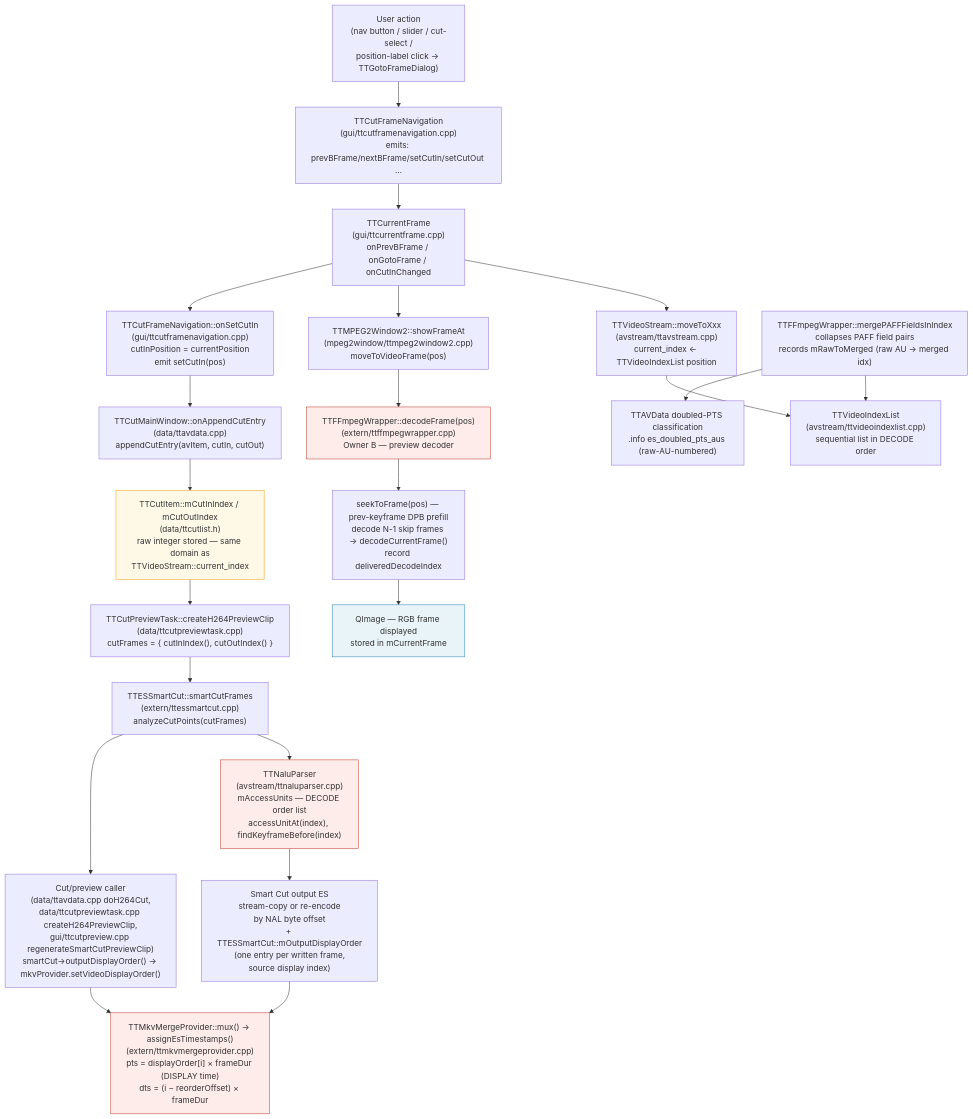
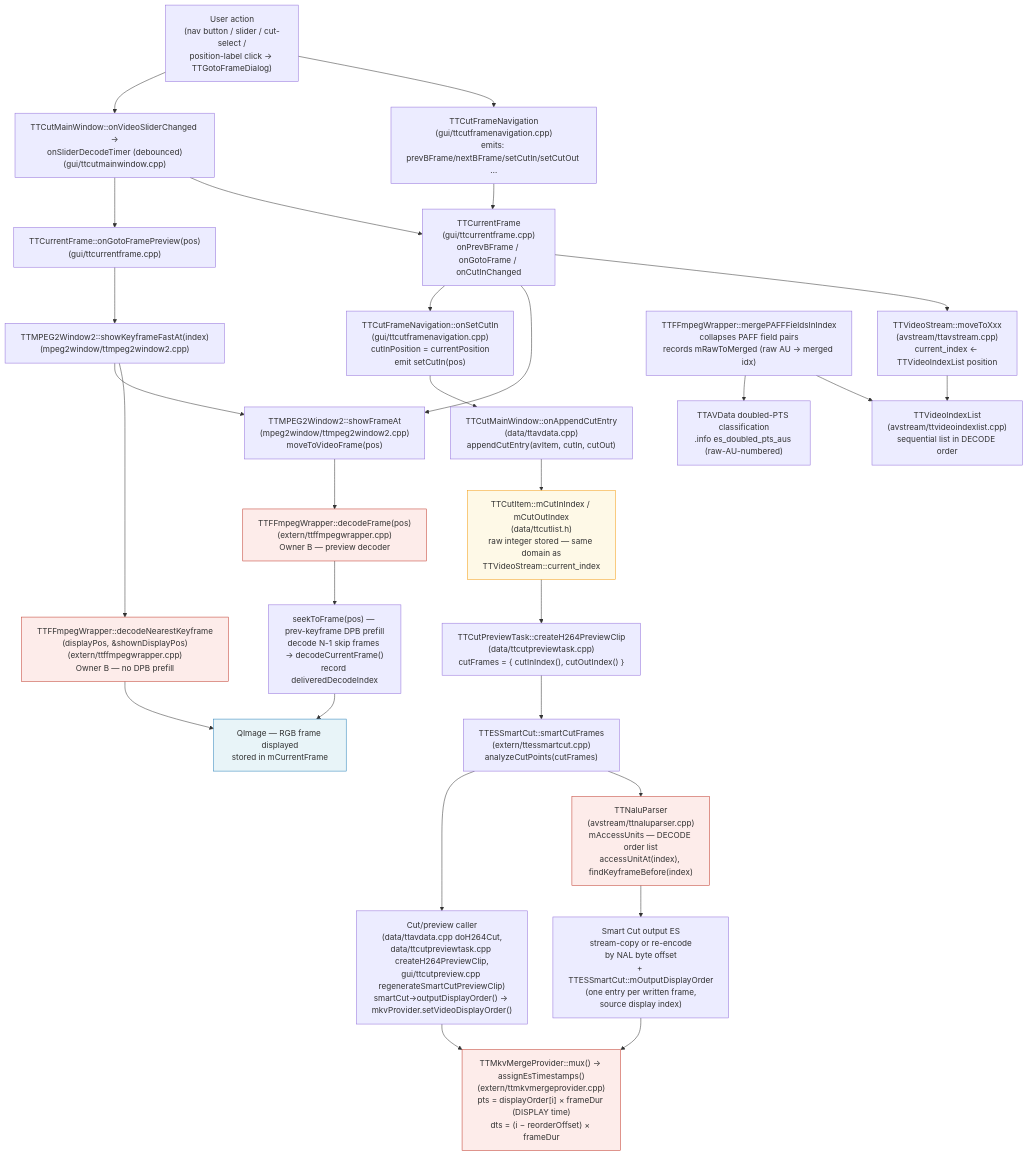
One commit to MINIXJR/TTCut-ng changed the diagram in docs/code-map/frame-order.md. Above: the diagram before and after it, drawn with Mermaid. The commit also changed other lines of this file and 13 other files, not shown here.

````diff
--- a/docs/code-map/frame-order.md
+++ b/docs/code-map/frame-order.md
@@ -46,41 +47,51 @@
 ```mermaid
 flowchart TD
     A["User action<br/>(nav button / slider / cut-select /<br/>position-label click → TTGotoFrameDialog)"]
     B["TTCutFrameNavigation<br/>(gui/ttcutframenavigation.cpp)<br/>emits: prevBFrame/nextBFrame/setCutIn/setCutOut …"]
     C["TTCurrentFrame<br/>(gui/ttcurrentframe.cpp)<br/>onPrevBFrame / onGotoFrame / onCutInChanged"]
     D["TTVideoStream::moveToXxx<br/>(avstream/ttavstream.cpp)<br/>current_index ← TTVideoIndexList position"]
     E["TTVideoIndexList<br/>(avstream/ttvideoindexlist.cpp)<br/>sequential list in DECODE order"]
     F["TTMPEG2Window2::showFrameAt<br/>(mpeg2window/ttmpeg2window2.cpp)<br/>moveToVideoFrame(pos)"]
     G["TTFFmpegWrapper::decodeFrame(pos)<br/>(extern/ttffmpegwrapper.cpp)<br/>Owner B — preview decoder"]
     H["seekToFrame(pos) — prev-keyframe DPB prefill<br/>decode N-1 skip frames → decodeCurrentFrame()<br/>record deliveredDecodeIndex"]
     I["QImage — RGB frame displayed<br/>stored in mCurrentFrame"]
+    SL["TTCutMainWindow::onVideoSliderChanged →<br/>onSliderDecodeTimer (debounced)<br/>(gui/ttcutmainwindow.cpp)"]
+    GP["TTCurrentFrame::onGotoFramePreview(pos)<br/>(gui/ttcurrentframe.cpp)"]
+    KF["TTMPEG2Window2::showKeyframeFastAt(index)<br/>(mpeg2window/ttmpeg2window2.cpp)"]
+    NK["TTFFmpegWrapper::decodeNearestKeyframe<br/>(displayPos, &amp;shownDisplayPos)<br/>(extern/ttffmpegwrapper.cpp)<br/>Owner B — no DPB prefill"]
     J["TTCutFrameNavigation::onSetCutIn<br/>(gui/ttcutframenavigation.cpp)<br/>cutInPosition = currentPosition<br/>emit setCutIn(pos)"]
     K["TTCutMainWindow::onAppendCutEntry<br/>(data/ttavdata.cpp)<br/>appendCutEntry(avItem, cutIn, cutOut)"]
     L["TTCutItem::mCutInIndex / mCutOutIndex<br/>(data/ttcutlist.h)<br/>raw integer stored — same domain as<br/>TTVideoStream::current_index"]
     M["TTCutPreviewTask::createH264PreviewClip<br/>(data/ttcutpreviewtask.cpp)<br/>cutFrames = { cutInIndex(), cutOutIndex() }"]
     N["TTESSmartCut::smartCutFrames<br/>(extern/ttessmartcut.cpp)<br/>analyzeCutPoints(cutFrames)"]
     O["TTNaluParser<br/>(avstream/ttnaluparser.cpp)<br/>mAccessUnits — DECODE order list<br/>accessUnitAt(index), findKeyframeBefore(index)"]
     P["Smart Cut output ES<br/>stream-copy or re-encode<br/>by NAL byte offset<br/>+ TTESSmartCut::mOutputDisplayOrder<br/>(one entry per written frame,<br/>source display index)"]
     Q["Cut/preview caller<br/>(data/ttavdata.cpp doH264Cut,<br/>data/ttcutpreviewtask.cpp createH264PreviewClip,<br/>gui/ttcutpreview.cpp regenerateSmartCutPreviewClip)<br/>smartCut->outputDisplayOrder() → mkvProvider.setVideoDisplayOrder()"]
     R["TTMkvMergeProvider::mux() → assignEsTimestamps()<br/>(extern/ttmkvmergeprovider.cpp)<br/>pts = displayOrder[i] × frameDur (DISPLAY time)<br/>dts = (i − reorderOffset) × frameDur"]
 
     MRG["TTFFmpegWrapper::mergePAFFFieldsInIndex<br/>collapses PAFF field pairs<br/>records mRawToMerged (raw AU → merged idx)"]
     DPC["TTAVData doubled-PTS classification<br/>.info es_doubled_pts_aus (raw-AU-numbered)"]
 
     A --> B --> C
     C --> D --> E
     MRG --> E
     MRG --> DPC
     C --> F
     F --> G --> H --> I
     C --> J --> K --> L
     L --> M --> N --> O --> P
     N --> Q --> R
     P --> R
+    A --> SL
+    SL --> C
+    SL --> GP --> KF
+    KF --> NK --> I
+    KF --> F
 
     style I fill:#e8f4f8,stroke:#2980b9
     style L fill:#fef9e7,stroke:#f39c12
     style G fill:#fdecea,stroke:#c0392b
     style O fill:#fdecea,stroke:#c0392b
     style R fill:#fdecea,stroke:#c0392b
+    style NK fill:#fdecea,stroke:#c0392b
 ```
````
